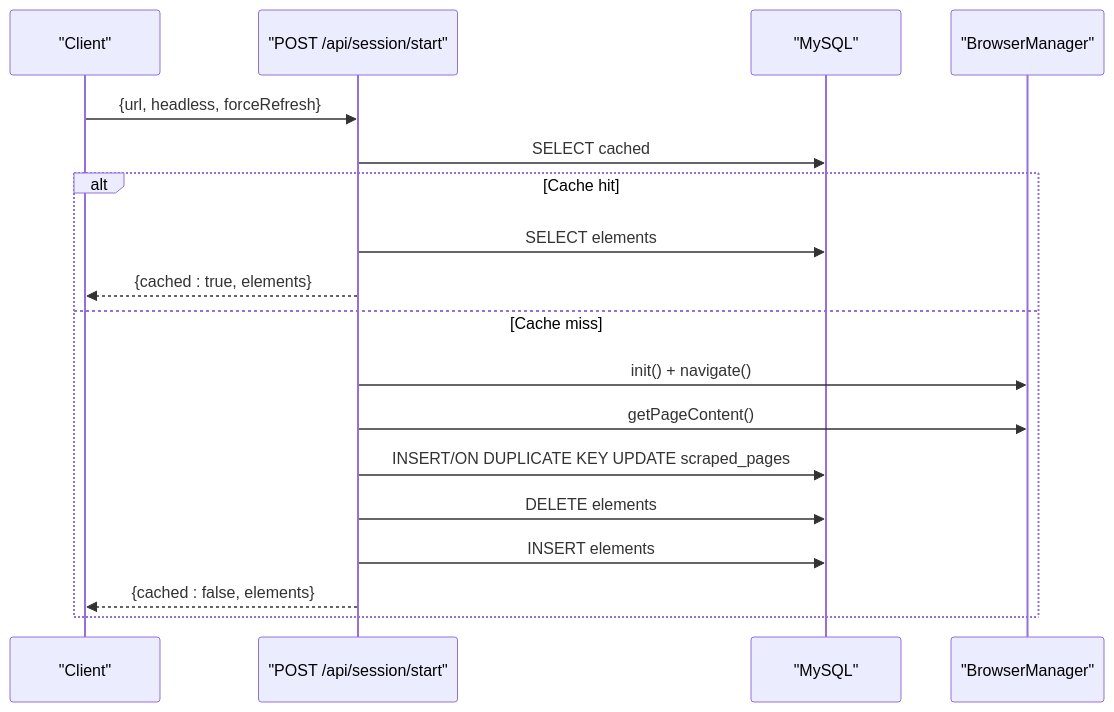
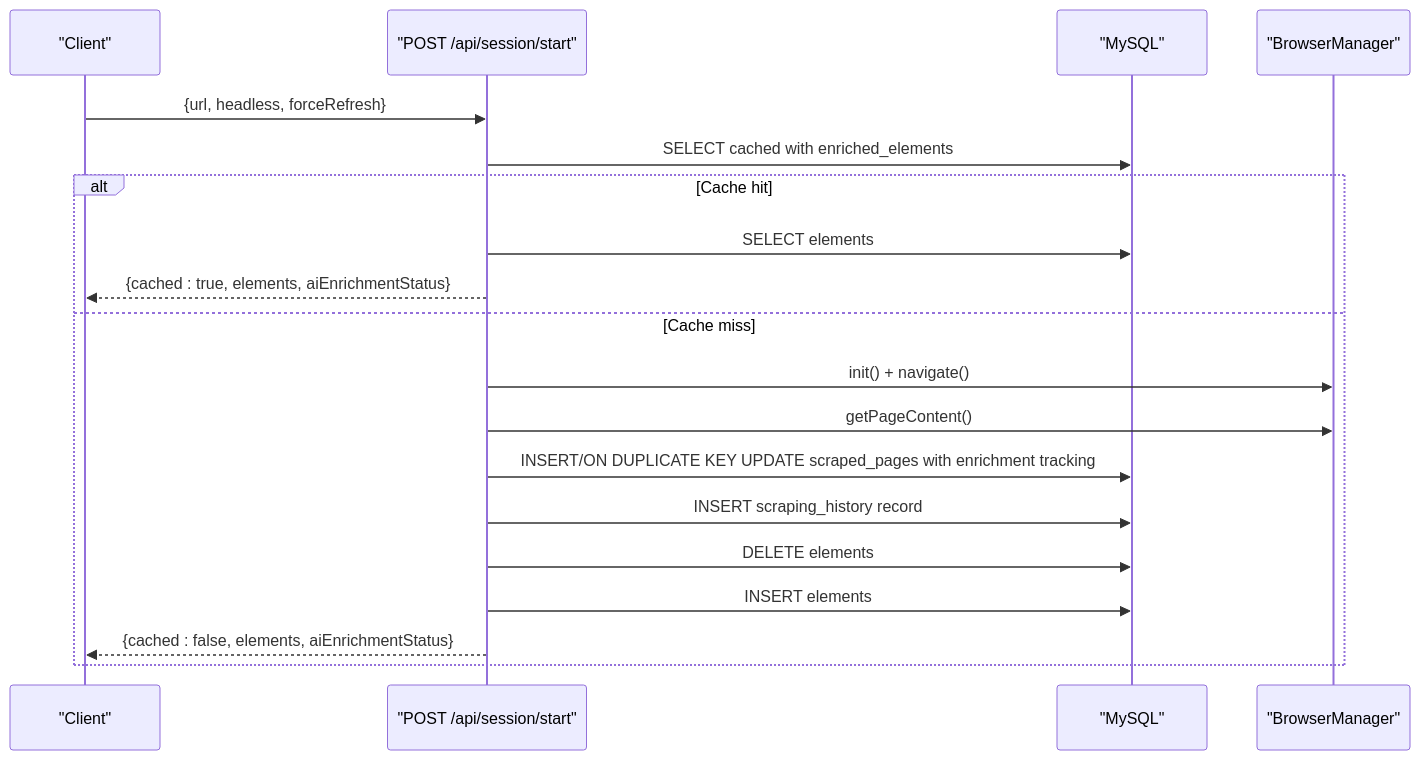
The sixth of 14 diagrams in .qoder/repowiki/en/content/Extraction Script System/Extraction Script System.md (alikhan37544/InteractGenxSRM-1), drawn with Mermaid before and after one commit. The commit also changed other lines of this file and 6645 other files, not shown here.

````diff
--- a/.qoder/repowiki/en/content/Extraction Script System/Extraction Script System.md
+++ b/.qoder/repowiki/en/content/Extraction Script System/Extraction Script System.md
@@ -290,20 +374,21 @@
 ```mermaid
 sequenceDiagram
 participant Client as "Client"
 participant API as "POST /api/session/start"
 participant DB as "MySQL"
 participant BM as "BrowserManager"
 Client->>API : {url, headless, forceRefresh}
-API->>DB : SELECT cached
+API->>DB : SELECT cached with enriched_elements
 alt Cache hit
 API->>DB : SELECT elements
-API-->>Client : {cached : true, elements}
+API-->>Client : {cached : true, elements, aiEnrichmentStatus}
 else Cache miss
 API->>BM : init() + navigate()
 API->>BM : getPageContent()
-API->>DB : INSERT/ON DUPLICATE KEY UPDATE scraped_pages
+API->>DB : INSERT/ON DUPLICATE KEY UPDATE scraped_pages with enrichment tracking
+API->>DB : INSERT scraping_history record
 API->>DB : DELETE elements
 API->>DB : INSERT elements
-API-->>Client : {cached : false, elements}
+API-->>Client : {cached : false, elements, aiEnrichmentStatus}
 end
 ```
````
